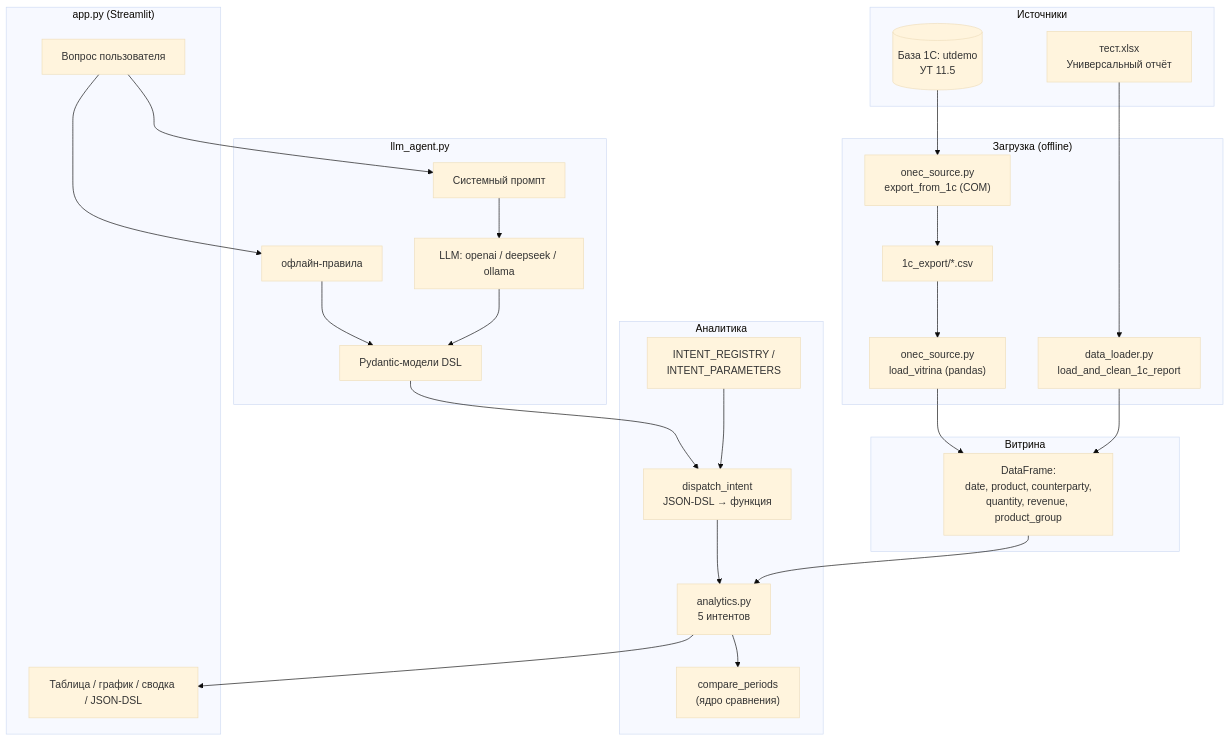
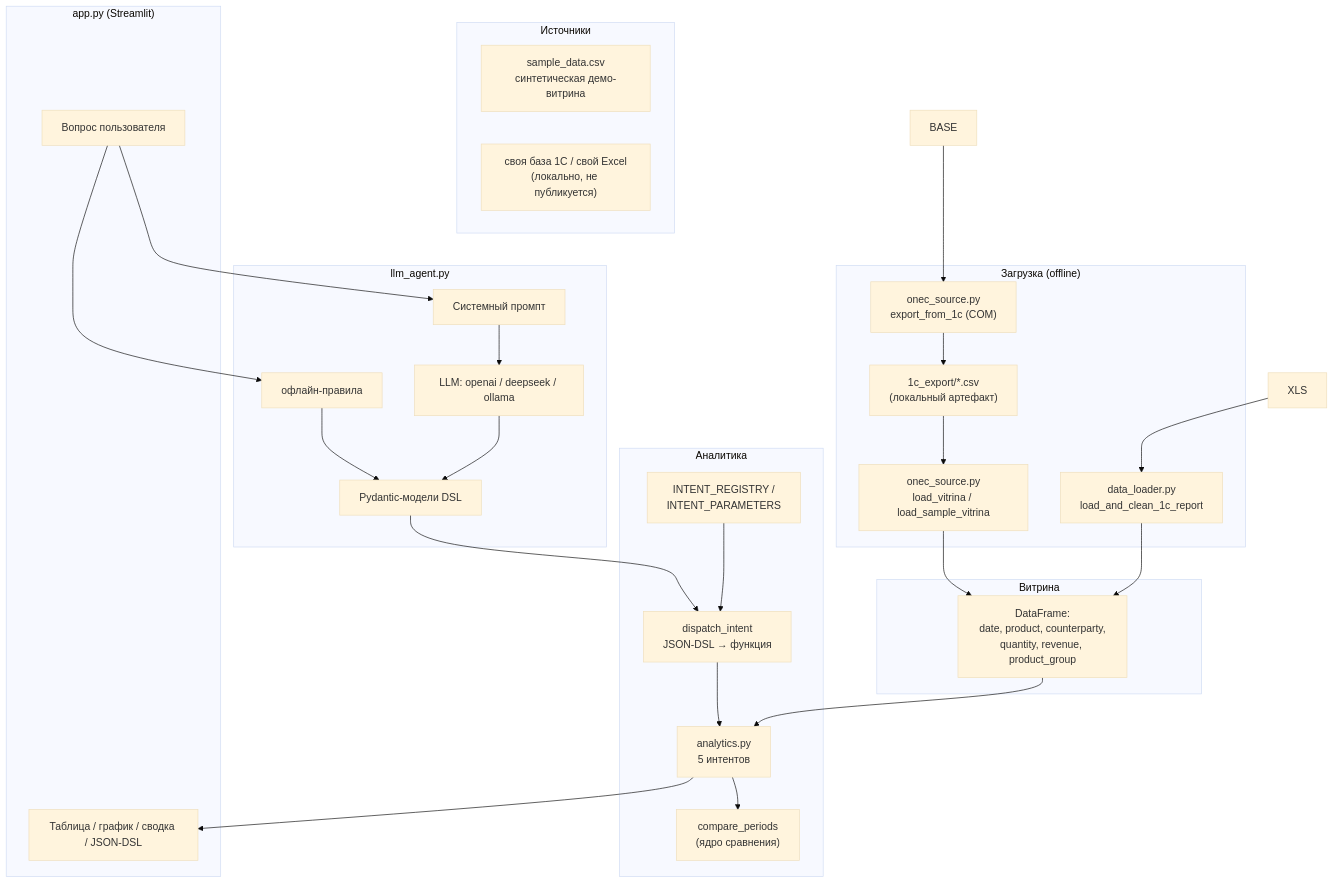
Before and after one commit to Smaturus/1c-ai-analyst: the diagram in docs/ARCHITECTURE.md, drawn with Mermaid (base theme). The commit also changed other lines of this file and 10 other files, not shown here.

````diff
--- a/docs/ARCHITECTURE.md
+++ b/docs/ARCHITECTURE.md
@@ -24,46 +24,46 @@
 ```mermaid
 flowchart TB
     subgraph Sources["Источники"]
-        XLS["тест.xlsx<br/>Универсальный отчёт"]
-        BASE[("База 1С: utdemo<br/>УТ 11.5")]
+        SAMPLE["sample_data.csv<br/>синтетическая демо-витрина"]
+        OWN["своя база 1С / свой Excel<br/>(локально, не публикуется)"]
     end
 
     subgraph ETL["Загрузка (offline)"]
         DL["data_loader.py<br/>load_and_clean_1c_report"]
         EXP["onec_source.py<br/>export_from_1c (COM)"]
-        CSV["1c_export/*.csv"]
-        LOAD["onec_source.py<br/>load_vitrina (pandas)"]
+        CSV["1c_export/*.csv<br/>(локальный артефакт)"]
+        LOAD["onec_source.py<br/>load_vitrina / load_sample_vitrina"]
     end
 
     subgraph Store["Витрина"]
         V["DataFrame:<br/>date, product, counterparty,<br/>quantity, revenue, product_group"]
     end
 
     subgraph Serving["Аналитика"]
         A["analytics.py<br/>5 интентов"]
         CP["compare_periods<br/>(ядро сравнения)"]
         D["dispatch_intent<br/>JSON-DSL → функция"]
         REG["INTENT_REGISTRY /<br/>INTENT_PARAMETERS"]
     end
 
     subgraph LLMLayer["llm_agent.py"]
         PROMPT["Системный промпт"]
         CLIENT["LLM: openai / deepseek / ollama"]
         PYD["Pydantic-модели DSL"]
         RULES["офлайн-правила"]
     end
 
     subgraph UI["app.py (Streamlit)"]
         ASK["Вопрос пользователя"]
         OUT["Таблица / график / сводка / JSON-DSL"]
     end
 
     XLS --> DL --> V
     BASE --> EXP --> CSV --> LOAD --> V
     V --> A
     A --> CP
     REG --> D --> A
     ASK --> PROMPT --> CLIENT --> PYD --> D
     ASK --> RULES --> PYD
     A --> OUT
 ```
````
